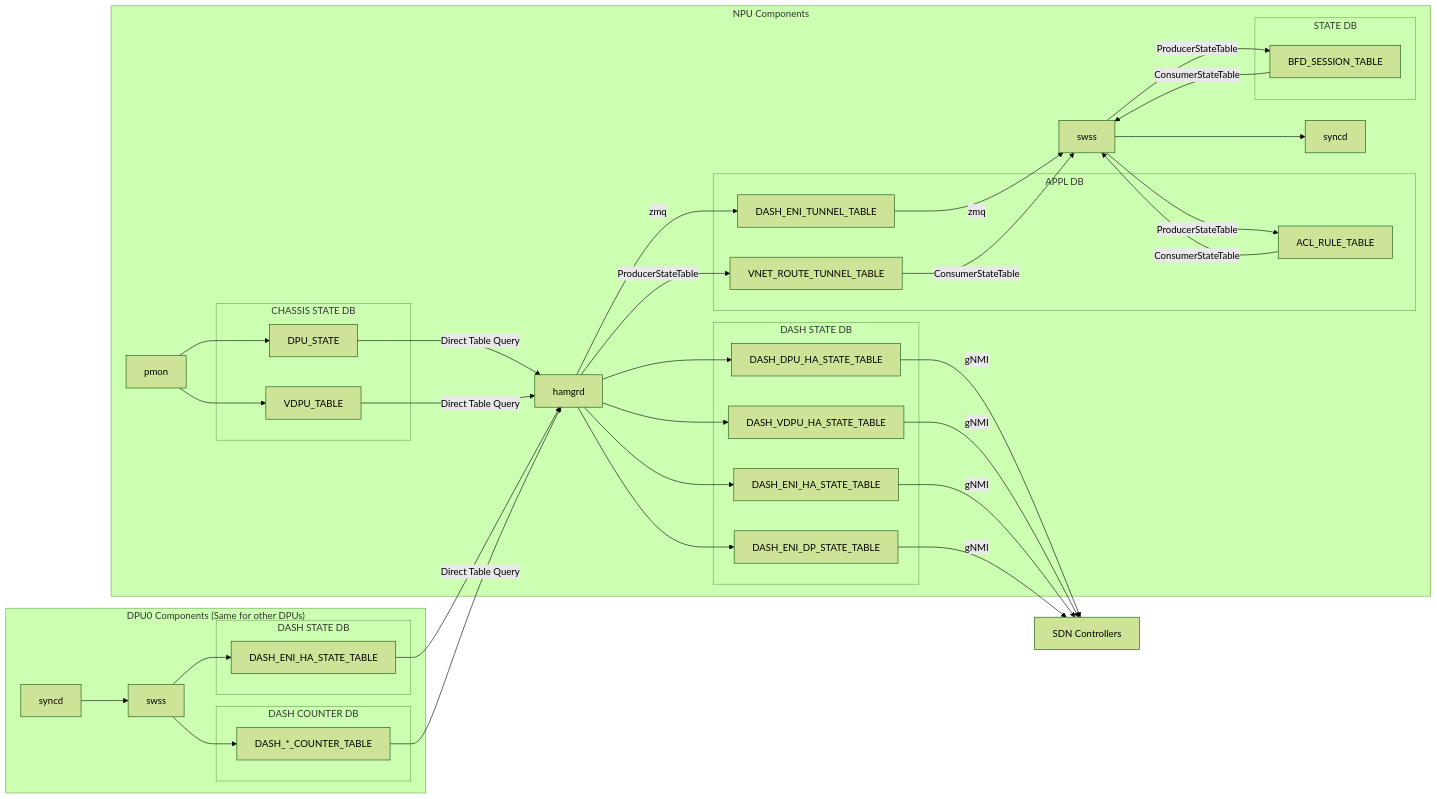
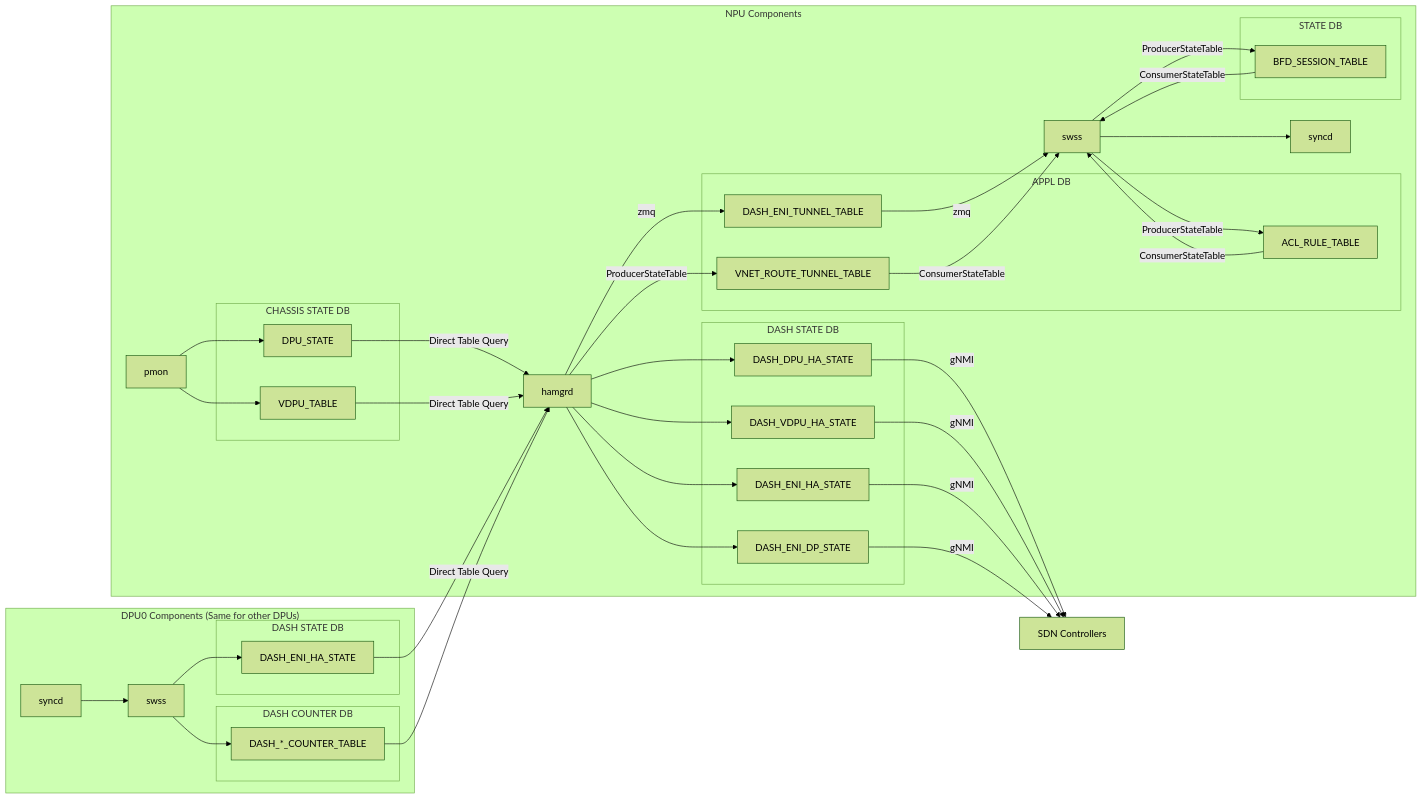
One commit to sonic-net/SONiC changed the second of 2 diagrams in doc/smart-switch/high-availability/smart-switch-ha-detailed-design.md. Above: the diagram before and after it, drawn with Mermaid (forest theme). The commit also changed other lines of this file, not shown here.

```diff
--- a/doc/smart-switch/high-availability/smart-switch-ha-detailed-design.md
+++ b/doc/smart-switch/high-availability/smart-switch-ha-detailed-design.md
@@ -198,10 +199,10 @@
       end
 
       subgraph DASH STATE DB
-         NPU_DASH_DPU_HA_STATE[DASH_DPU_HA_STATE_TABLE]
-         NPU_DASH_VDPU_HA_STATE[DASH_VDPU_HA_STATE_TABLE]
-         NPU_DASH_ENI_HA_STATE[DASH_ENI_HA_STATE_TABLE]
-         NPU_DASH_ENI_DP_STATE[DASH_ENI_DP_STATE_TABLE]
+         NPU_DASH_DPU_HA_STATE[DASH_DPU_HA_STATE]
+         NPU_DASH_VDPU_HA_STATE[DASH_VDPU_HA_STATE]
+         NPU_DASH_ENI_HA_STATE[DASH_ENI_HA_STATE]
+         NPU_DASH_ENI_DP_STATE[DASH_ENI_DP_STATE]
       end
    end
 
@@ -210,7 +211,7 @@
       DPU_SYNCD[syncd]
 
       subgraph DASH STATE DB
-         DPU_DASH_ENI_HA_STATE[DASH_ENI_HA_STATE_TABLE]
+         DPU_DASH_ENI_HA_STATE[DASH_ENI_HA_STATE]
       end
 
       subgraph DASH COUNTER DB
```
